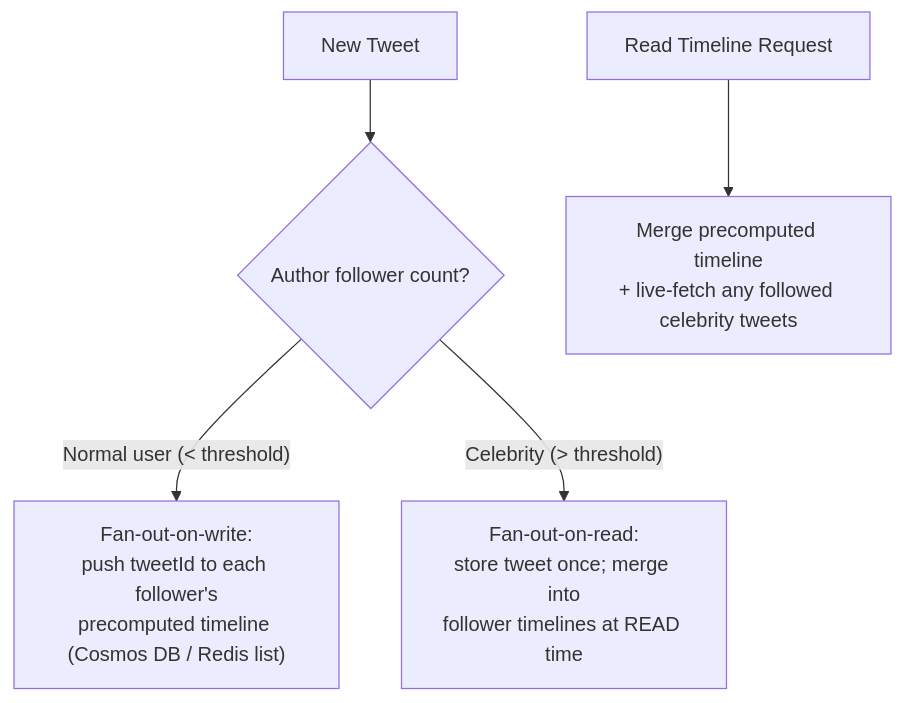
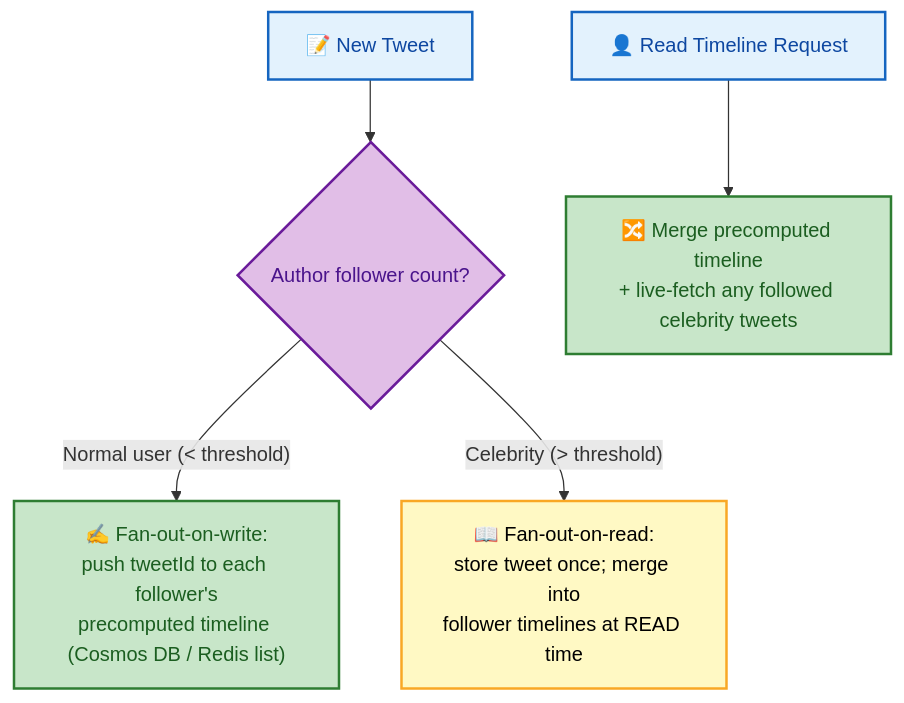
The fifth of 5 diagrams in azure/11-SYSTEM-DESIGN.md (rakesh-budde/devops-guide), drawn with Mermaid before and after one commit. The commit also changed other lines of this file and 73 other files, not shown here.

````diff
--- a/azure/11-SYSTEM-DESIGN.md
+++ b/azure/11-SYSTEM-DESIGN.md
@@ -79,7 +172,18 @@
 ```mermaid
 graph TB
-    Tweet["New Tweet"] --> Classify{"Author follower count?"}
-    Classify -->|"Normal user (< threshold)"| FanOutWrite["Fan-out-on-write:<br/>push tweetId to each follower's<br/>precomputed timeline (Cosmos DB / Redis list)"]
-    Classify -->|"Celebrity (> threshold)"| FanOutRead["Fan-out-on-read:<br/>store tweet once; merge into<br/>follower timelines at READ time"]
-    ReadTimeline["Read Timeline Request"] --> Merge["Merge precomputed timeline<br/>+ live-fetch any followed celebrity tweets"]
+    Tweet["📝 New Tweet"] --> Classify{"Author follower count?"}
+    Classify -->|"Normal user (< threshold)"| FanOutWrite["✍️ Fan-out-on-write:<br/>push tweetId to each follower's<br/>precomputed timeline (Cosmos DB / Redis list)"]
+    Classify -->|"Celebrity (> threshold)"| FanOutRead["📖 Fan-out-on-read:<br/>store tweet once; merge into<br/>follower timelines at READ time"]
+    ReadTimeline["👤 Read Timeline Request"] --> Merge["🔀 Merge precomputed timeline<br/>+ live-fetch any followed celebrity tweets"]
+    classDef start fill:#e3f2fd,stroke:#1565c0,color:#0d47a1,stroke-width:2px;
+    classDef proc fill:#fff9c4,stroke:#f9a825,color:#000,stroke-width:2px;
+    classDef good fill:#c8e6c9,stroke:#2e7d32,color:#1b5e20,stroke-width:2px;
+    classDef bad fill:#ffcdd2,stroke:#c62828,color:#b71c1c,stroke-width:2px;
+    classDef ctrl fill:#e1bee7,stroke:#6a1b9a,color:#4a148c,stroke-width:2px;
+    classDef store fill:#ffe0b2,stroke:#e65100,color:#000,stroke-width:2px;
+    class Tweet,ReadTimeline start;
+    class Classify ctrl;
+    class FanOutWrite good;
+    class FanOutRead proc;
+    class Merge good;
 ```
````
